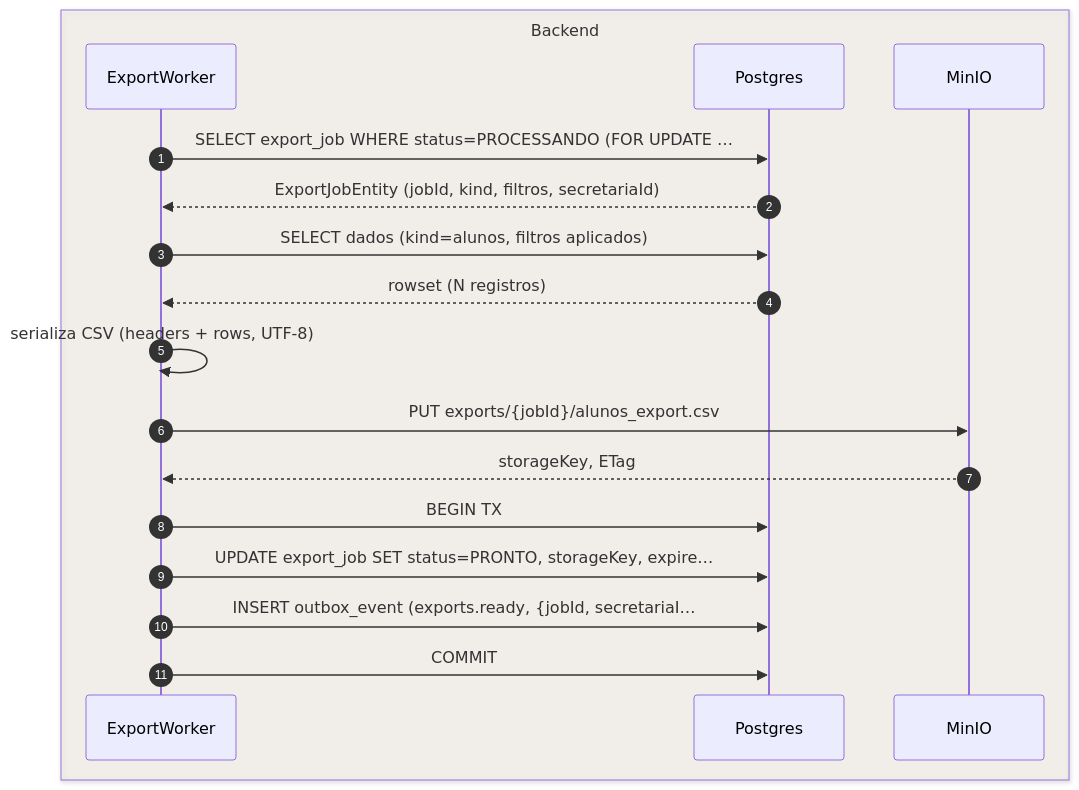
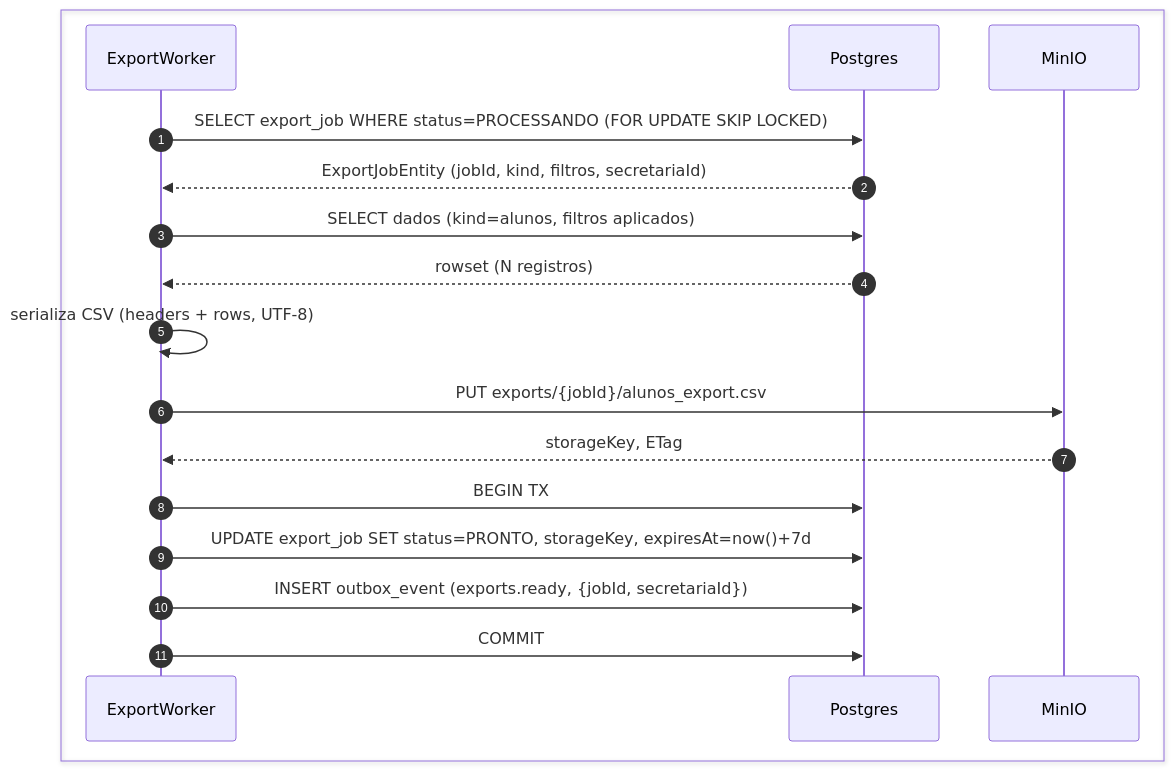
Before and after one commit to umishell/secretariaOnline2: the second of 5 diagrams in foundationDocs/sequenceDiagrams/F5 — Secretaria/US-F5-010-EXPORTACOES.md, drawn with Mermaid. The commit also changed other lines of this file and 70 other files, not shown here.

First line of the commit message:
Enhance database documentation and introduce new schema files

````diff
--- a/foundationDocs/sequenceDiagrams/F5 — Secretaria/US-F5-010-EXPORTACOES.md
+++ b/foundationDocs/sequenceDiagrams/F5 — Secretaria/US-F5-010-EXPORTACOES.md
@@ -98,21 +98,21 @@
 ```mermaid
 sequenceDiagram
     autonumber
-    box rgba(255,245,230,0.3) Backend
+    box #fff8ee Servidor
         participant ExportWorker
         participant Postgres
         participant MinIO
     end
 
-    ExportWorker->>Postgres: SELECT export_job WHERE status=PROCESSANDO (FOR UPDATE …
+    ExportWorker->>Postgres: SELECT export_job WHERE status=PROCESSANDO (FOR UPDATE SKIP LOCKED)
     Postgres-->>ExportWorker: ExportJobEntity (jobId, kind, filtros, secretariaId)
     ExportWorker->>Postgres: SELECT dados (kind=alunos, filtros aplicados)
     Postgres-->>ExportWorker: rowset (N registros)
     ExportWorker->>ExportWorker: serializa CSV (headers + rows, UTF-8)
     ExportWorker->>MinIO: PUT exports/{jobId}/alunos_export.csv
     MinIO-->>ExportWorker: storageKey, ETag
     ExportWorker->>Postgres: BEGIN TX
-    ExportWorker->>Postgres: UPDATE export_job SET status=PRONTO, storageKey, expire…
-    ExportWorker->>Postgres: INSERT outbox_event (exports.ready, {jobId, secretariaI…
+    ExportWorker->>Postgres: UPDATE export_job SET status=PRONTO, storageKey, expiresAt=now()+7d
+    ExportWorker->>Postgres: INSERT outbox_event (exports.ready, {jobId, secretariaId})
     ExportWorker->>Postgres: COMMIT
 ```
````
